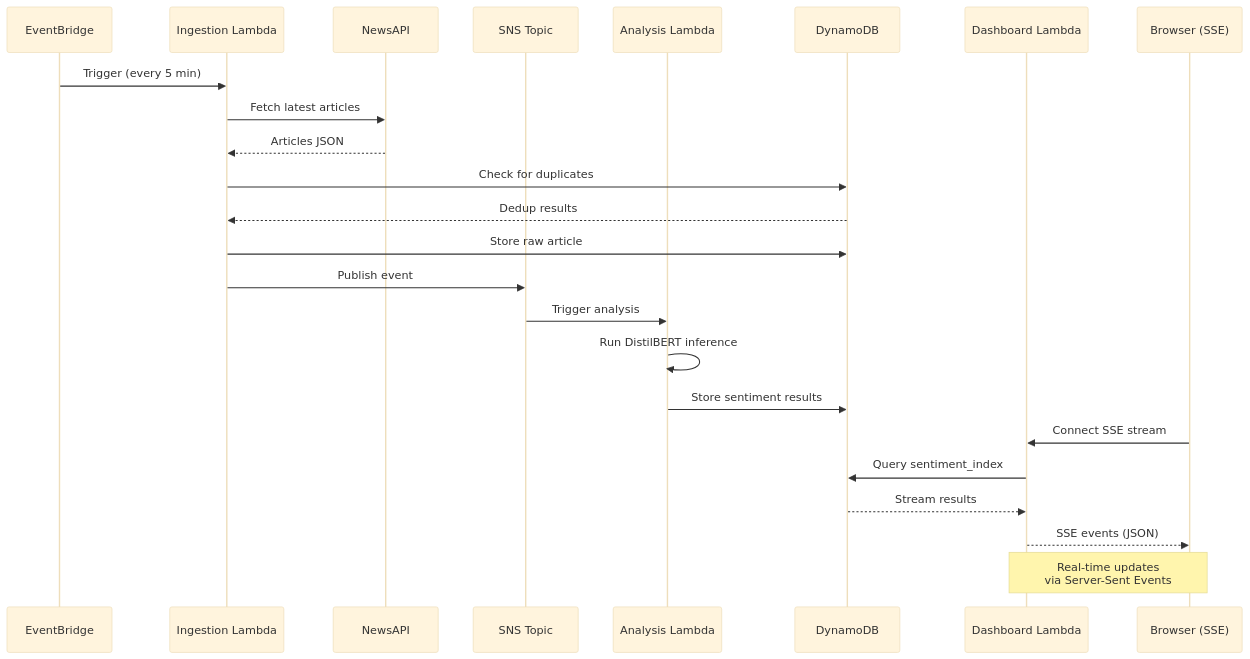
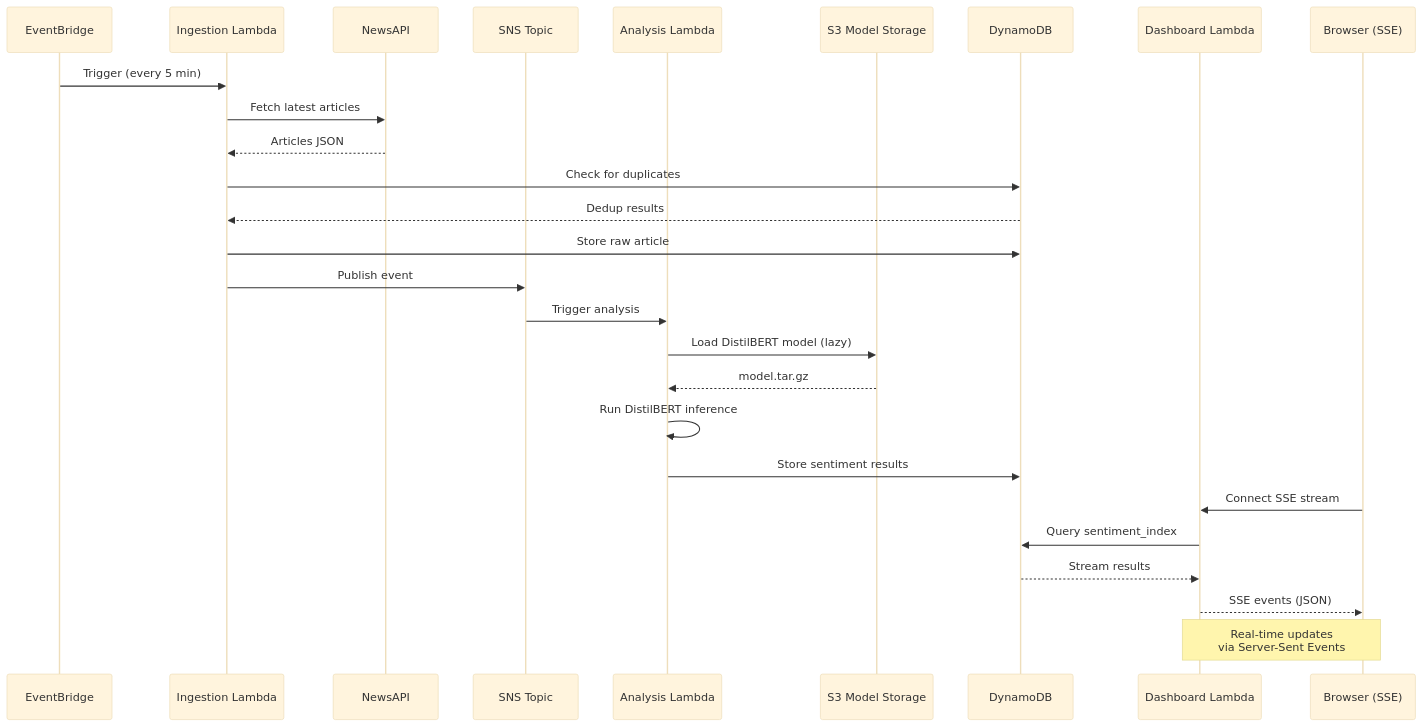
Before and after one commit to traylorre/sentiment-analyzer-gsk: the fourth of 4 diagrams in README.md, drawn with Mermaid (base theme). The commit also changed other lines of this file and 2 other files, not shown here.

First line of the commit message:
docs: Update architecture diagrams for S3 model loading and add operational flows

````diff
--- a/README.md
+++ b/README.md
@@ -299,32 +301,35 @@
 ```mermaid
 sequenceDiagram
     participant EB as EventBridge
     participant Ing as Ingestion Lambda
     participant NA as NewsAPI
     participant SNS as SNS Topic
     participant Ana as Analysis Lambda
+    participant S3 as S3 Model Storage
     participant DDB as DynamoDB
     participant Dash as Dashboard Lambda
     participant User as Browser (SSE)
 
     EB->>Ing: Trigger (every 5 min)
     Ing->>NA: Fetch latest articles
     NA-->>Ing: Articles JSON
 
     Ing->>DDB: Check for duplicates
     DDB-->>Ing: Dedup results
 
     Ing->>DDB: Store raw article
     Ing->>SNS: Publish event
 
     SNS->>Ana: Trigger analysis
+    Ana->>S3: Load DistilBERT model (lazy)
+    S3-->>Ana: model.tar.gz
     Ana->>Ana: Run DistilBERT inference
     Ana->>DDB: Store sentiment results
 
     User->>Dash: Connect SSE stream
     Dash->>DDB: Query sentiment_index
     DDB-->>Dash: Stream results
     Dash-->>User: SSE events (JSON)
 
     Note over Dash,User: Real-time updates<br/>via Server-Sent Events
 ```
````
